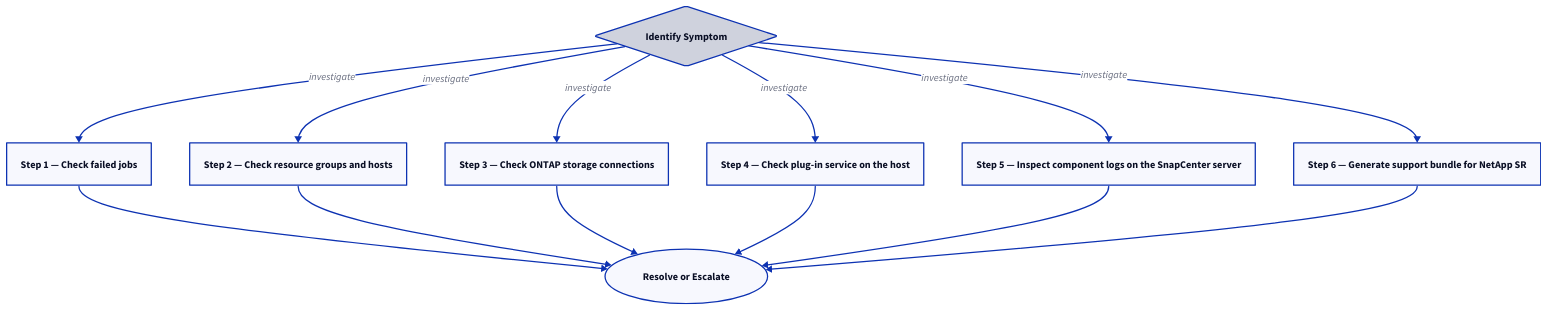
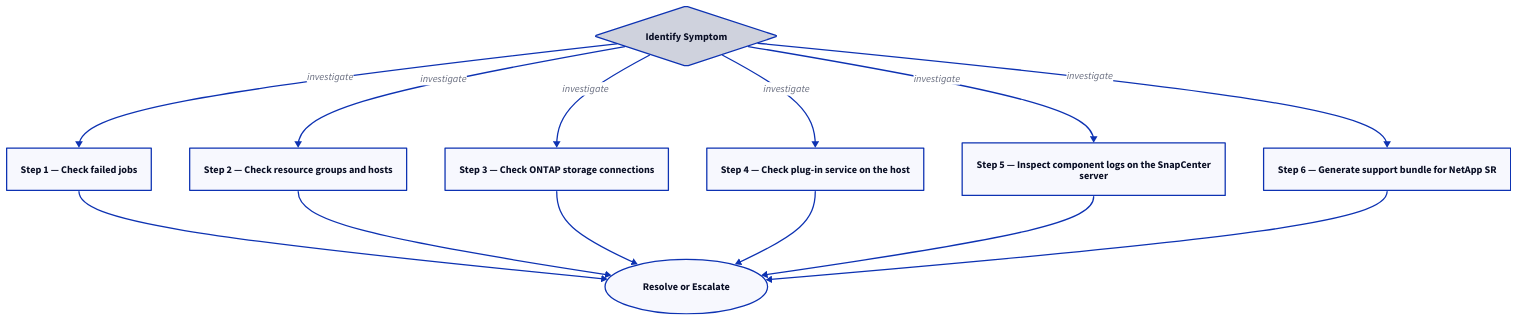
One commit to canast01/chris-kb changed the second of 2 diagrams in docs/storage/netapp/snapcenter/troubleshooting/diagnostics.md. Above: the diagram before and after it, drawn with D2. The commit also changed 192 other files, not shown here.

````diff
--- a/docs/storage/netapp/snapcenter/troubleshooting/diagnostics.md
+++ b/docs/storage/netapp/snapcenter/troubleshooting/diagnostics.md
@@ -55,25 +55,25 @@
 ```d2
 direction: down
 
 symptom: Identify Symptom {shape: diamond}
 step_1_check_failed_jobs: "Step 1 — Check failed jobs" {shape: rectangle}
 step_2_check_resource_groups_and_hos: "Step 2 — Check resource groups and hosts" {shape: rectangle}
 step_3_check_ontap_storage_connectio: "Step 3 — Check ONTAP storage connections" {shape: rectangle}
 step_4_check_plugin_service_on_the_h: "Step 4 — Check plug-in service on the host" {shape: rectangle}
-step_5_inspect_component_logs_on_the: "Step 5 — Inspect component logs on the SnapCenter server" {shape: rectangle}
+step_5_inspect_component_logs_on_the: "Step 5 — Inspect component logs on the SnapCenter\nserver" {shape: rectangle}
 step_6_generate_support_bundle_for_n: "Step 6 — Generate support bundle for NetApp SR" {shape: rectangle}
 resolution: Resolve or Escalate {shape: oval}
 
 symptom -> step_1_check_failed_jobs: investigate
 symptom -> step_2_check_resource_groups_and_hos: investigate
 symptom -> step_3_check_ontap_storage_connectio: investigate
 symptom -> step_4_check_plugin_service_on_the_h: investigate
 symptom -> step_5_inspect_component_logs_on_the: investigate
 symptom -> step_6_generate_support_bundle_for_n: investigate
 step_1_check_failed_jobs -> resolution
 step_2_check_resource_groups_and_hos -> resolution
 step_3_check_ontap_storage_connectio -> resolution
 step_4_check_plugin_service_on_the_h -> resolution
 step_5_inspect_component_logs_on_the -> resolution
 step_6_generate_support_bundle_for_n -> resolution
 ```
````
